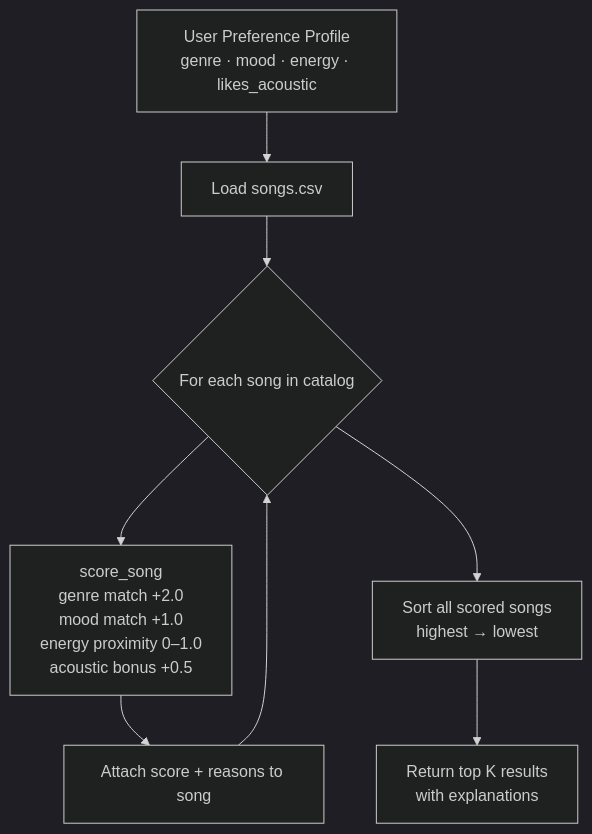
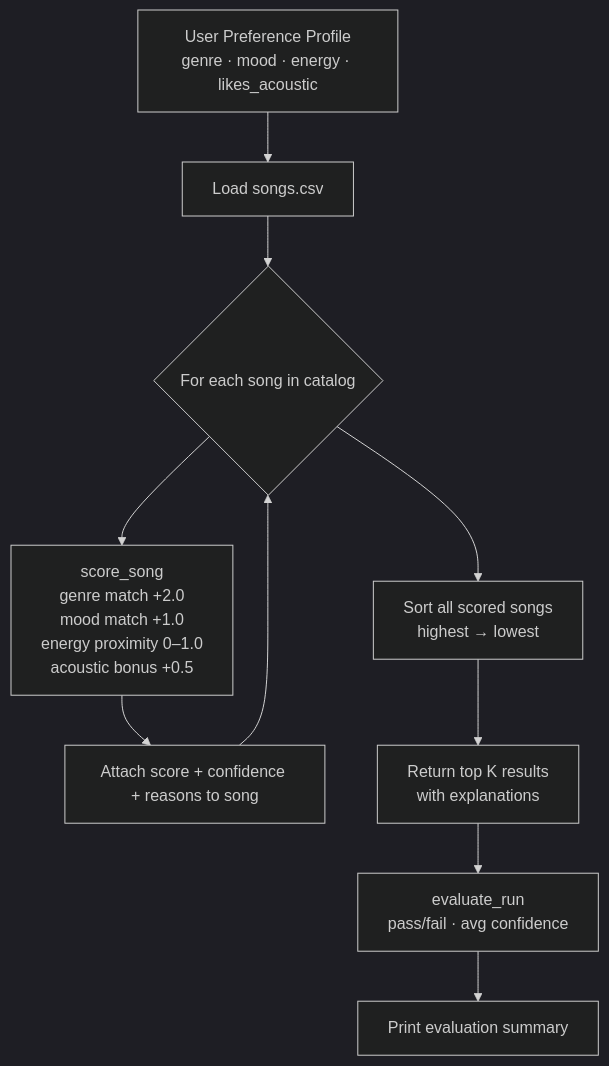
One commit to aatqiya/MusicSimulator changed the diagram in README.md. Above: the diagram before and after it, drawn with Mermaid (dark theme). The commit also changed other lines of this file and 4 other files, not shown here.

````diff
--- a/README.md
+++ b/README.md
@@ -41,10 +53,12 @@
 ```mermaid
 flowchart TD
     A[User Preference Profile\ngenre · mood · energy · likes_acoustic] --> B[Load songs.csv]
     B --> C{For each song in catalog}
     C --> D[score_song\ngenre match +2.0\nmood match +1.0\nenergy proximity 0–1.0\nacoustic bonus +0.5]
-    D --> E[Attach score + reasons to song]
+    D --> E[Attach score + confidence + reasons to song]
     E --> C
     C --> F[Sort all scored songs\nhighest → lowest]
     F --> G[Return top K results\nwith explanations]
+    G --> H[evaluate_run\npass/fail · avg confidence]
+    H --> I[Print evaluation summary]
 ```
````
